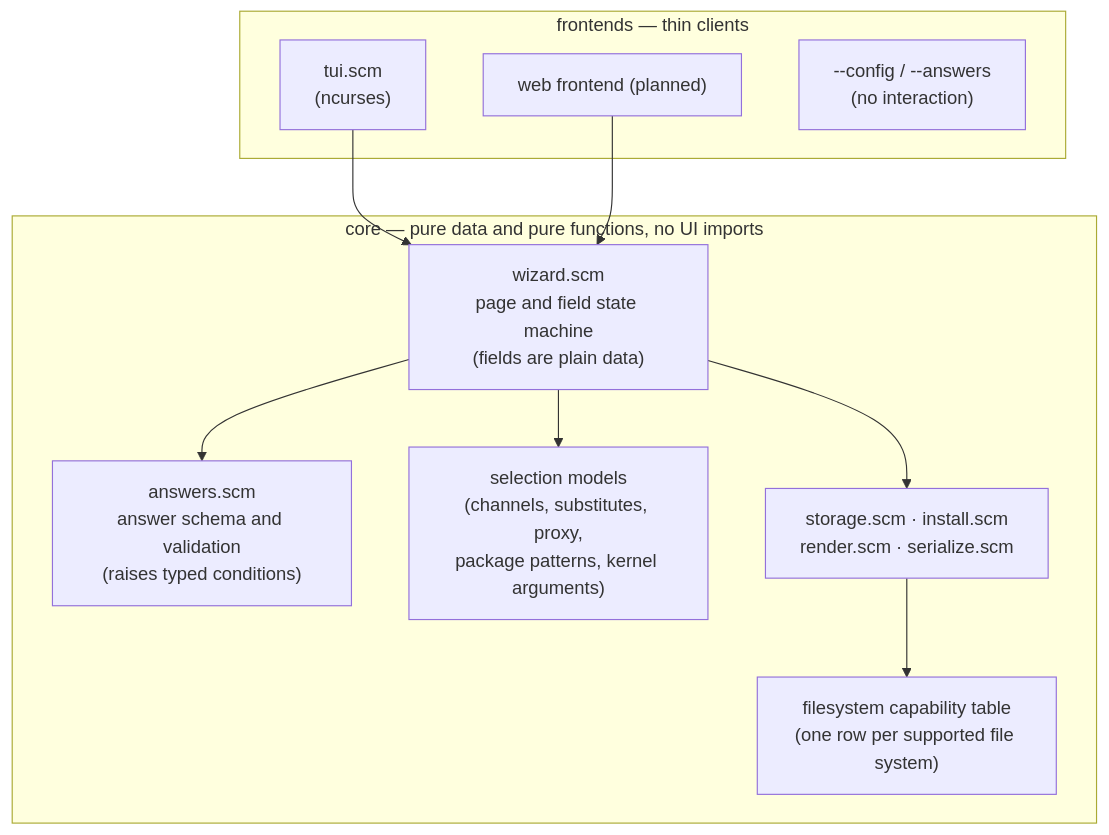
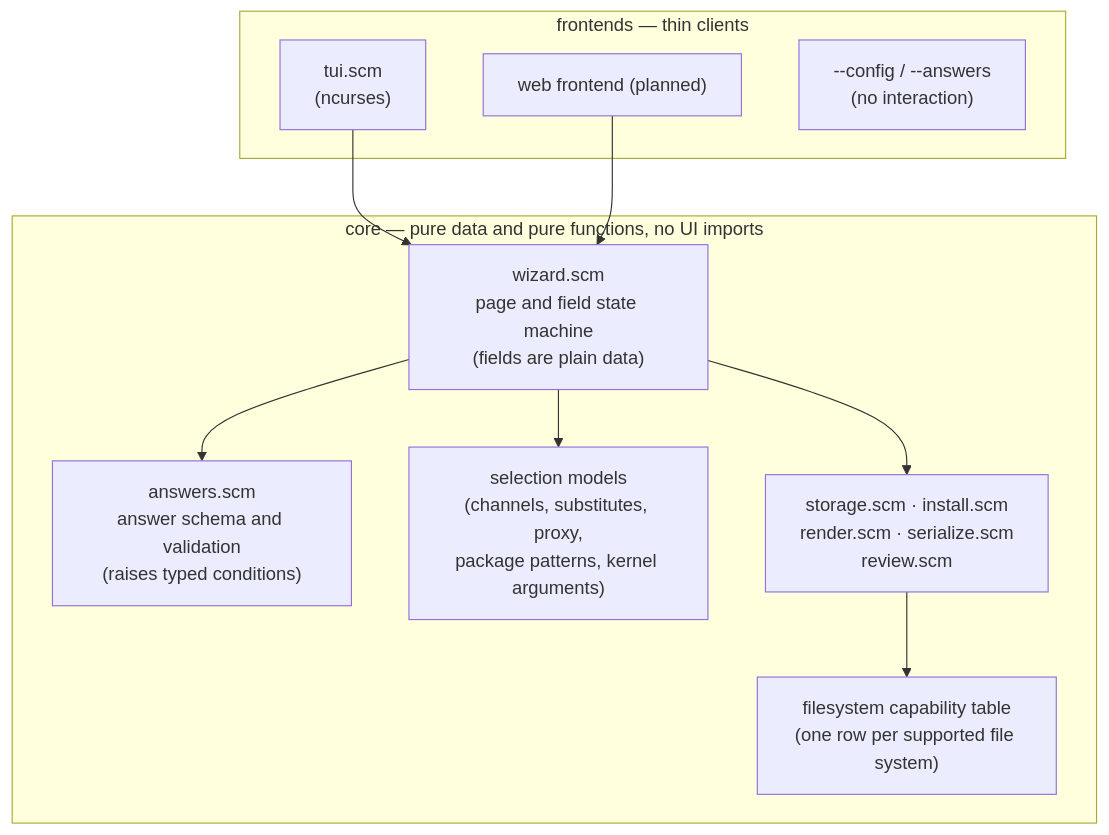
Before and after one commit to Zhen-LinHuo/gradus: the diagram in docs/architecture.md, drawn with Mermaid. The commit also changed other lines of this file and 10 other files, not shown here.

````diff
--- a/docs/architecture.md
+++ b/docs/architecture.md
@@ -14,21 +14,21 @@
 ```mermaid
 flowchart TB
     subgraph core["core — pure data and pure functions, no UI imports"]
         ANS["answers.scm<br/>answer schema and validation<br/>(raises typed conditions)"]
         WIZ["wizard.scm<br/>page and field state machine<br/>(fields are plain data)"]
         SEL["selection models<br/>(channels, substitutes, proxy,<br/>package patterns, kernel arguments)"]
         FS["filesystem capability table<br/>(one row per supported file system)"]
-        OPS["storage.scm · install.scm<br/>render.scm · serialize.scm"]
+        OPS["storage.scm · install.scm<br/>render.scm · serialize.scm<br/>review.scm"]
     end
     subgraph fe["frontends — thin clients"]
         TUI["tui.scm<br/>(ncurses)"]
         WEB["web frontend (planned)"]
         CLI["--config / --answers<br/>(no interaction)"]
     end
     TUI --> WIZ
     WEB --> WIZ
     WIZ --> ANS
     WIZ --> SEL
     WIZ --> OPS
     OPS --> FS
 ```
````
